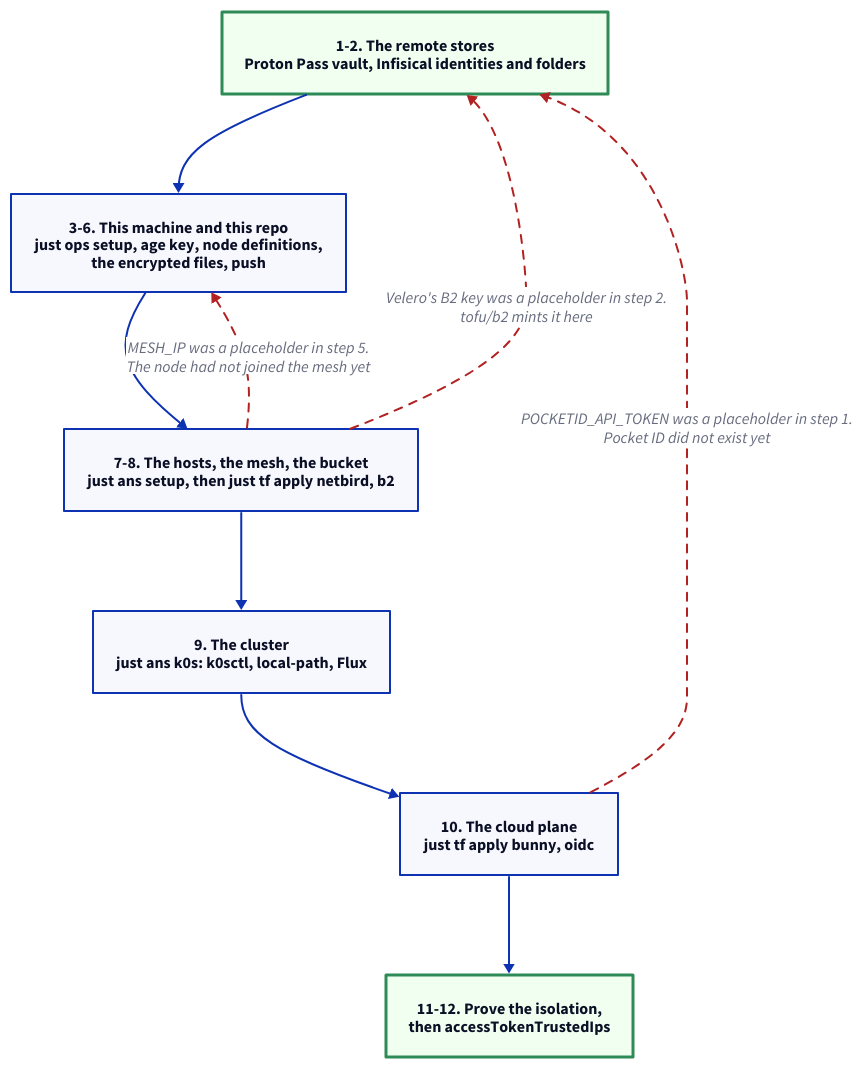
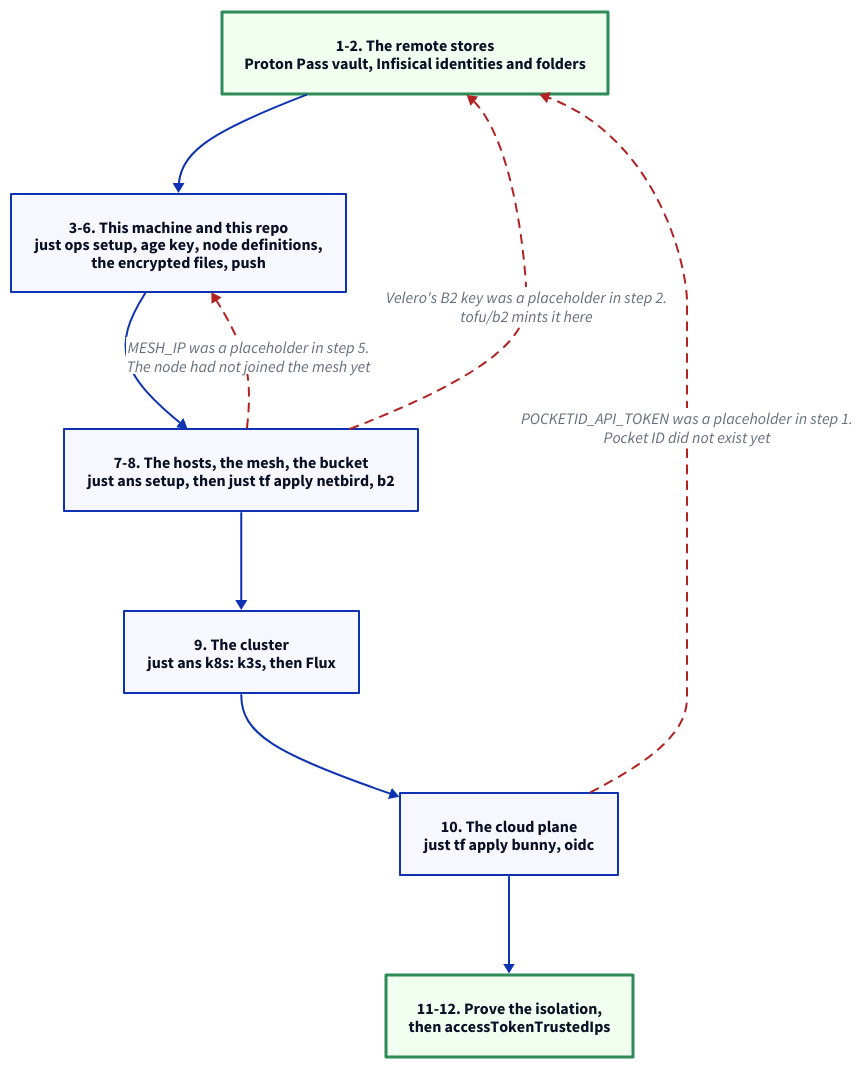
Before and after one commit to brewcoua/futhark: the diagram in docs/src/operations/setup.md, drawn with D2. The commit also changed other lines of this file and 77 other files, not shown here.

````diff
--- a/docs/src/operations/setup.md
+++ b/docs/src/operations/setup.md
@@ -28,40 +28,40 @@
 ```d2
 direction: down
 
 classes: {
   boundary: {
     style: {
       stroke-width: 3
       stroke: seagreen
       fill: honeydew
     }
   }
   backfill: {
     style: {
       stroke: firebrick
       stroke-dash: 4
     }
   }
 }
 
 stores: "1-2. The remote stores\nProton Pass vault, Infisical identities and folders" {
   class: boundary
 }
 repo: "3-6. This machine and this repo\njust ops setup, age key, node definitions,\nthe encrypted files, push"
 hosts: "7-8. The hosts, the mesh, the bucket\njust ans setup, then just tf apply netbird, b2"
-cluster: "9. The cluster\njust ans k0s: k0sctl, local-path, Flux"
+cluster: "9. The cluster\njust ans k8s: k3s, then Flux"
 cloud: "10. The cloud plane\njust tf apply bunny, oidc"
 after: "11-12. Prove the isolation,\nthen accessTokenTrustedIps" { class: boundary }
 
 stores -> repo -> hosts -> cluster -> cloud -> after
 
 hosts -> repo: "MESH_IP was a placeholder in step 5.\nThe node had not joined the mesh yet" {
   class: backfill
 }
 hosts -> stores: "Velero's B2 key was a placeholder in step 2.\ntofu/b2 mints it here" {
   class: backfill
 }
 cloud -> stores: "POCKETID_API_TOKEN was a placeholder in step 1.\nPocket ID did not exist yet" {
   class: backfill
 }
 ```
````
